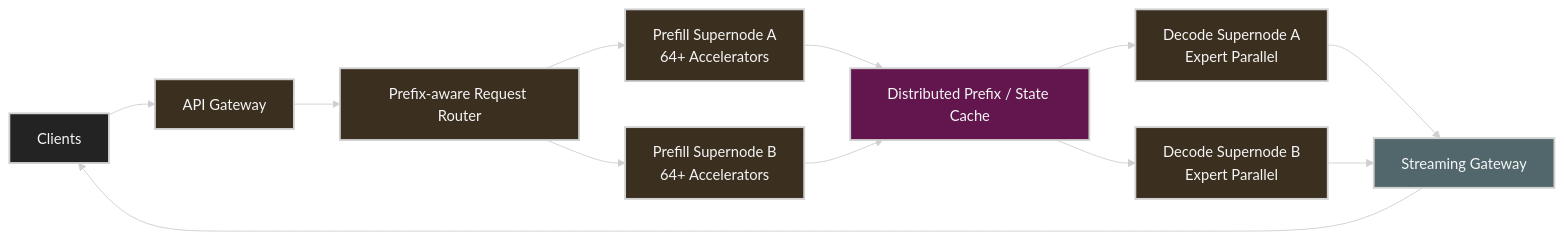
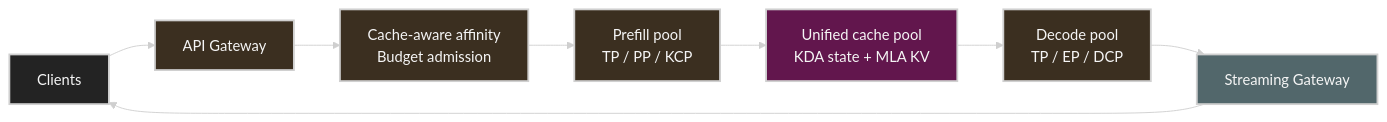
One commit to ziwon/ai-data-center-network changed the second of 2 diagrams in inference/models/kimi-k3.md. Above: the diagram before and after it, drawn with Mermaid. The commit also changed other lines of this file and 1 other file, not shown here.

Commit message:
docs(kimi-k3): align architecture with official release

````diff
--- a/inference/models/kimi-k3.md
+++ b/inference/models/kimi-k3.md
@@ -469,28 +537,22 @@
 ```mermaid
 %%{init: {"theme": "base", "themeVariables": {"background": "#171717", "primaryColor": "#232323", "primaryTextColor": "#f5f5f5", "primaryBorderColor": "#d0d0d0", "lineColor": "#cfcfcf", "fontFamily": "Inter, Arial, sans-serif"}}}%%
 flowchart LR
     C[Clients] --> G[API Gateway]
-    G --> R[Prefix-aware Request Router]
+    G --> R[Cache-aware affinity<br/>Budget admission]
 
-    R --> P1[Prefill Supernode A<br/>64+ Accelerators]
-    R --> P2[Prefill Supernode B<br/>64+ Accelerators]
+    R --> P[Prefill pool<br/>TP / PP / KCP]
+    P --> K[Unified cache pool<br/>KDA state + MLA KV]
+    K --> D[Decode pool<br/>TP / EP / DCP]
 
-    P1 --> K[Distributed Prefix / State Cache]
-    P2 --> K
-
-    K --> D1[Decode Supernode A<br/>Expert Parallel]
-    K --> D2[Decode Supernode B<br/>Expert Parallel]
-
-    D1 --> S[Streaming Gateway]
-    D2 --> S
+    D --> S[Streaming Gateway]
     S --> C
 
     classDef primary fill:#232323,stroke:#d0d0d0,color:#f5f5f5,stroke-width:2px;
     classDef secondary fill:#3b2f20,stroke:#d0d0d0,color:#f5f5f5,stroke-width:2px;
     classDef note fill:#52676b,stroke:#d0d0d0,color:#f5f5f5,stroke-width:2px;
     classDef accent fill:#62164d,stroke:#d0d0d0,color:#f5f5f5,stroke-width:2px;
     class C primary
-    class G,R,P1,P2,D1,D2 secondary
+    class G,R,P,D secondary
     class S note
     class K accent
 ```
````
